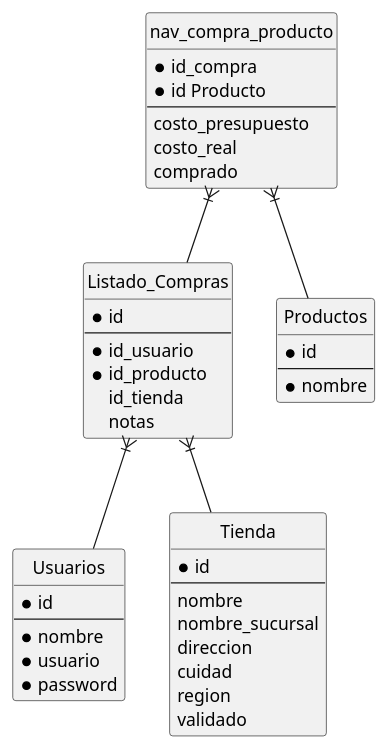
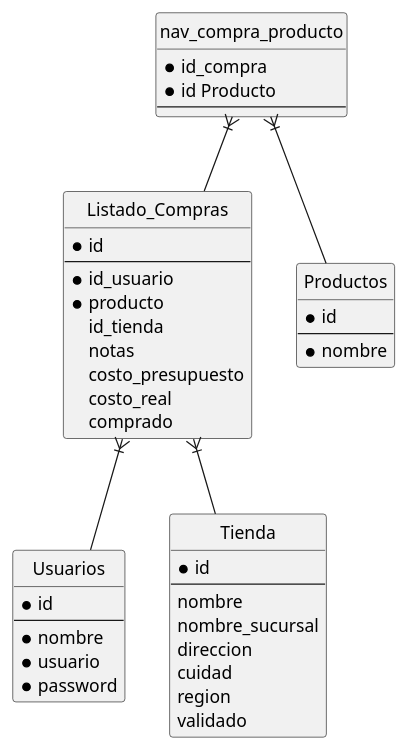
One commit to Alvarez-Hans/nodejs-frontend-examen-iplacex changed the diagram in database/modelo-bd.puml. Above: the diagram before and after it, drawn with PlantUML. The commit also changed 42 other files, not shown here.

```diff
--- a/database/modelo-bd.puml
+++ b/database/modelo-bd.puml
@@ -1,58 +1,58 @@
 @startuml Modelos-Dark
   hide circle
 
   entity "Usuarios" as usuarios {
     * id
     --
     * nombre
     * usuario
     * password
   }
 
   entity "Listado_Compras" as compras {
     * id
     --
     * id_usuario
-    * id_producto
+    * producto
     id_tienda
     notas
+    costo_presupuesto
+    costo_real
+    comprado  
   }
 
   entity "nav_compra_producto"  as nav_cp {
     * id_compra
     * id Producto
     --
-    costo_presupuesto
-    costo_real
-    comprado  
   }  
 
   entity "Productos" as productos {
     * id
     --
     * nombre
   }
 
   entity "Tienda" as tiendas {
     * id
     --
     nombre
     nombre_sucursal
     direccion
     cuidad 
     region
     validado 
   }
 
   ' -------------------------------------------
 
   compras }|-- usuarios
 
   
   nav_cp }|-- compras
   nav_cp }|-- productos
 
   compras }|-- tiendas
 
 
 @enduml
```
